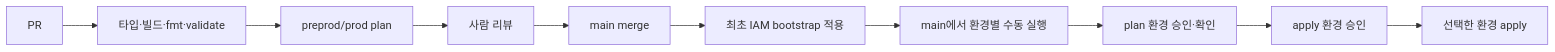
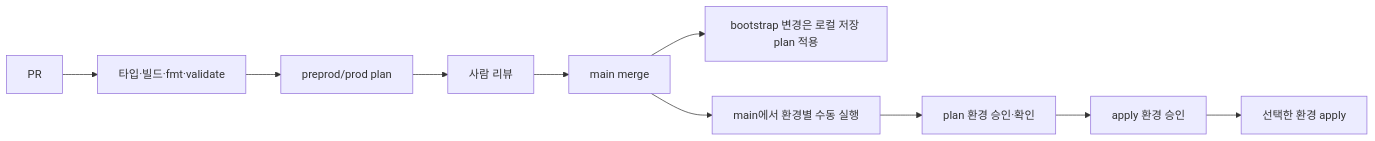
Before and after one commit to ban-dal/aws-ecs-fullstack-app: the second of 2 diagrams in docs/architecture.md, drawn with Mermaid. The commit also changed other lines of this file and 24 other files, not shown here.

````diff
--- a/docs/architecture.md
+++ b/docs/architecture.md
@@ -36,12 +34,12 @@
 ```mermaid
 flowchart LR
   PR[PR] --> Checks[타입·빌드·fmt·validate]
   Checks --> Plan[preprod/prod plan]
   Plan --> Review[사람 리뷰]
   Review --> Merge[main merge]
-  Merge --> Bootstrap[최초 IAM bootstrap 적용]
-  Bootstrap --> Dispatch[main에서 환경별 수동 실행]
+  Merge --> Bootstrap[bootstrap 변경은 로컬 저장 plan 적용]
+  Merge --> Dispatch[main에서 환경별 수동 실행]
   Dispatch --> ApplyPlan[plan 환경 승인·확인]
   ApplyPlan --> Approval[apply 환경 승인]
   Approval --> Apply[선택한 환경 apply]
 ```
````
